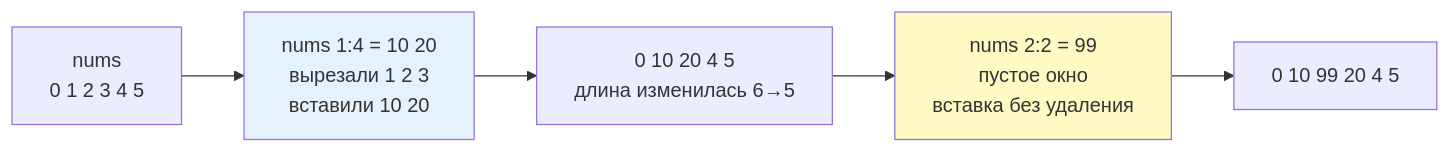
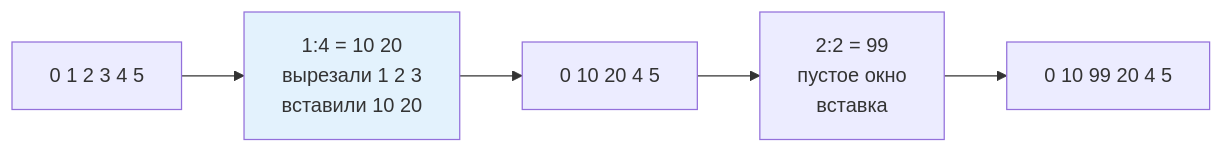
The third of 3 diagrams in 02_Курсы/01. Инженерные практики Python/01_Лекции/05. Срезы и объект slice.md (JayStorm228/College), drawn with Mermaid before and after one commit. The commit also changed other lines of this file and 2 other files, not shown here.

````diff
--- a/02_Курсы/01. Инженерные практики Python/01_Лекции/05. Срезы и объект slice.md
+++ b/02_Курсы/01. Инженерные практики Python/01_Лекции/05. Срезы и объект slice.md
@@ -140,9 +129,8 @@
 ```mermaid
 flowchart LR
-  A[nums<br>0 1 2 3 4 5] --> B[nums 1:4 = 10 20<br>вырезали 1 2 3<br>вставили 10 20]
-  B --> C[0 10 20 4 5<br>длина изменилась 6→5]
-  C --> D[nums 2:2 = 99<br>пустое окно<br>вставка без удаления]
+  A[0 1 2 3 4 5] --> B[1:4 = 10 20<br>вырезали 1 2 3<br>вставили 10 20]
+  B --> C[0 10 20 4 5]
+  C --> D[2:2 = 99<br>пустое окно<br>вставка]
   D --> E[0 10 99 20 4 5]
   style B fill:#e3f2fd
-  style D fill:#fff9c4
 ```
````
